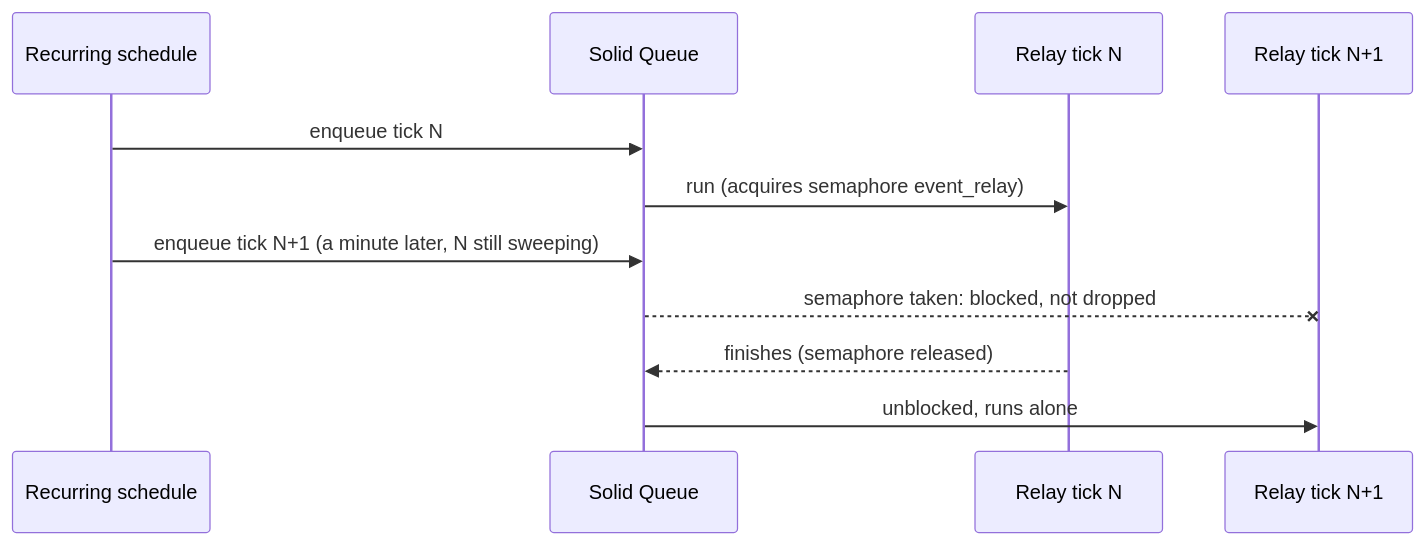
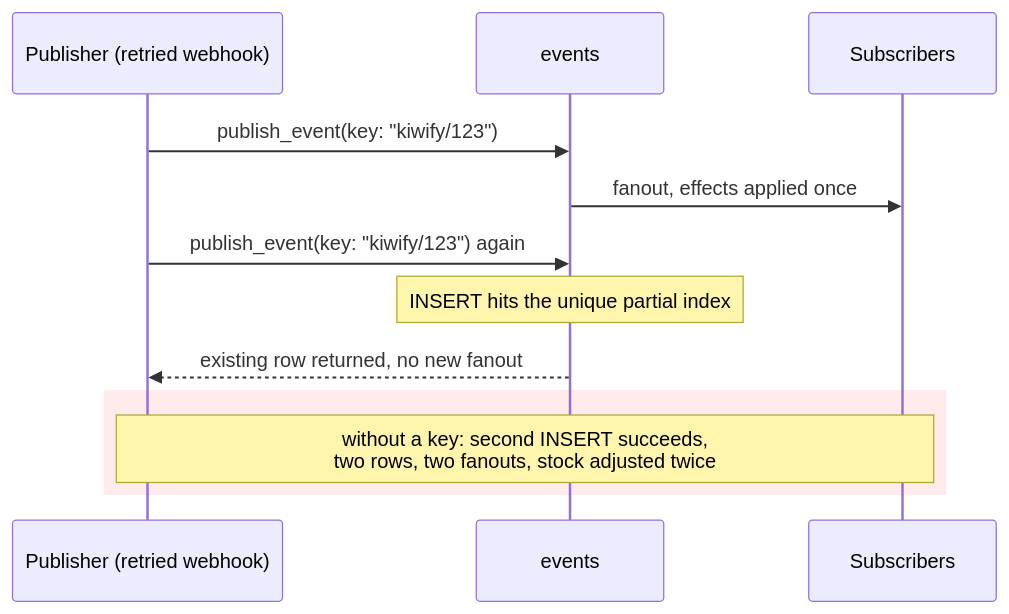
One commit to wcalderipe/rails-vanilla-domain-events changed the diagram in README.md. Above: the diagram before and after it, drawn with Mermaid. The commit also changed other lines of this file, not shown here.

Commit message:
docs: chapter 5, did we say it twice?

````diff
--- a/README.md
+++ b/README.md
@@ -58,14 +81,17 @@
 ```mermaid
 sequenceDiagram
-  participant S as Recurring schedule
-  participant Q as Solid Queue
-  participant R1 as Relay tick N
-  participant R2 as Relay tick N+1
+  participant P as Publisher (retried webhook)
+  participant E as events
+  participant S as Subscribers
 
-  S->>Q: enqueue tick N
-  Q->>R1: run (acquires semaphore event_relay)
-  S->>Q: enqueue tick N+1 (a minute later, N still sweeping)
-  Q--xR2: semaphore taken: blocked, not dropped
-  R1-->>Q: finishes (semaphore released)
-  Q->>R2: unblocked, runs alone
+  P->>E: publish_event(key: "kiwify/123")
+  E->>S: fanout, effects applied once
+
+  P->>E: publish_event(key: "kiwify/123") again
+  note over E: INSERT hits the unique partial index
+  E-->>P: existing row returned, no new fanout
+
+  rect rgb(255, 235, 235)
+    note over P,S: without a key: second INSERT succeeds,<br/>two rows, two fanouts, stock adjusted twice
+  end
 ```
````
